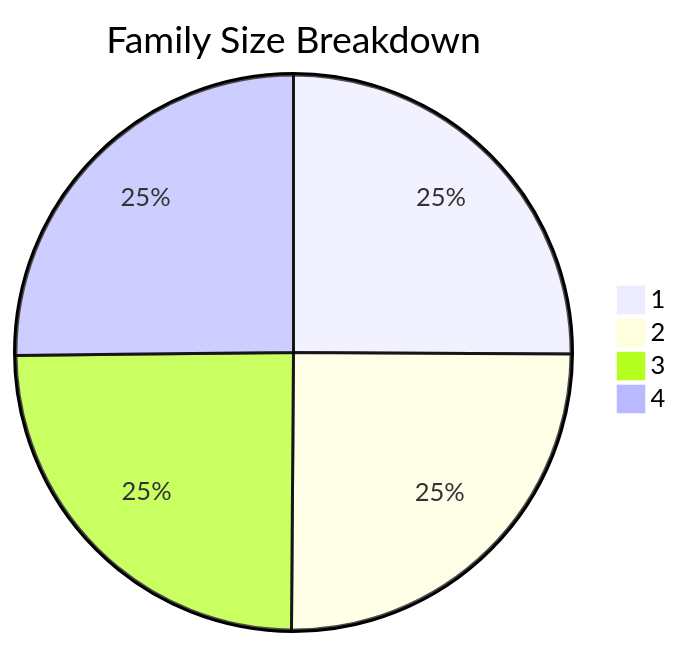
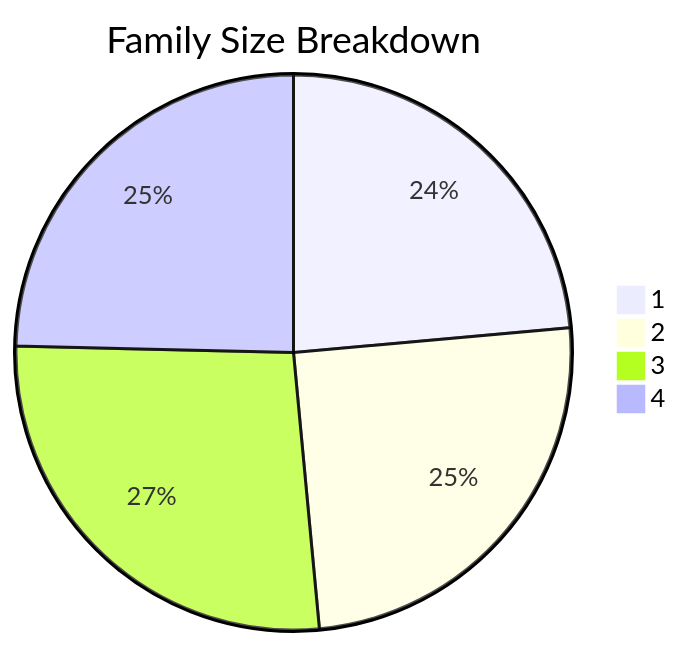
One commit to dhagan-va/intern-2025 changed the sixth of 10 diagrams in test-tools/DataGen/src/Statistics_Visualizer.md. Above: the diagram before and after it, drawn with Mermaid. The commit also changed other lines of this file and 5 other files, not shown here.

````diff
--- a/test-tools/DataGen/src/Statistics_Visualizer.md
+++ b/test-tools/DataGen/src/Statistics_Visualizer.md
@@ -66,7 +66,7 @@
 ```mermaid
 pie title Family Size Breakdown
-    "1" : 4558
-    "2" : 4550
-    "3" : 4492
-    "4" : 4574
+    "1" : 467
+    "2" : 494
+    "3" : 532
+    "4" : 488
 ```
````
